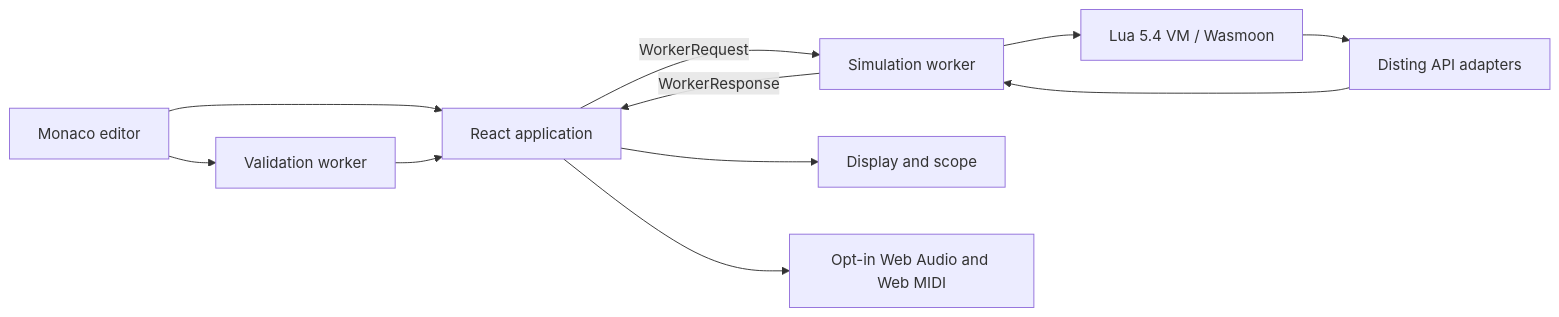
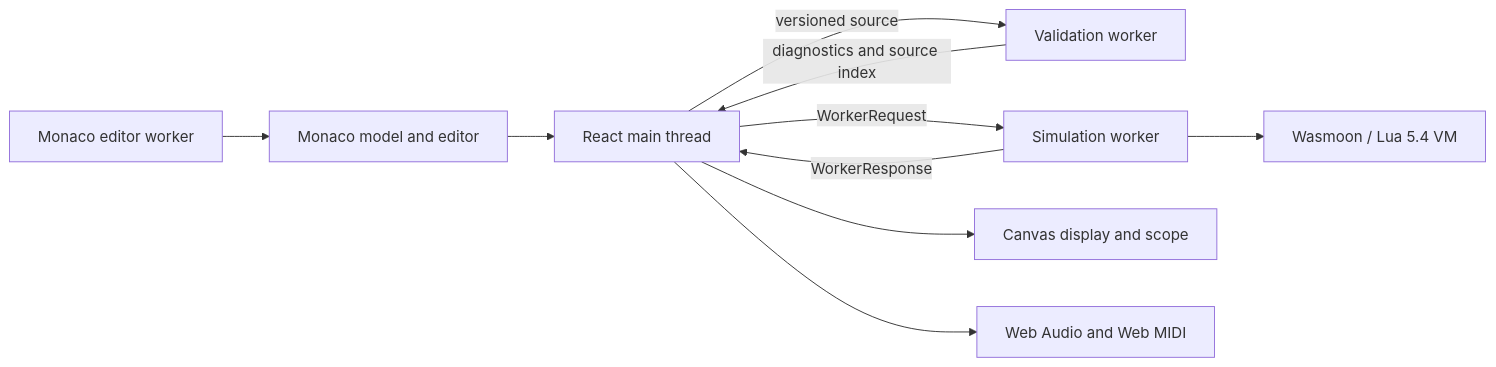
The diagram in docs/ARCHITECTURE.md (FrediBach/luading), drawn with Mermaid before and after one commit. The commit also changed other lines of this file and 16 other files, not shown here.

````diff
--- a/docs/ARCHITECTURE.md
+++ b/docs/ARCHITECTURE.md
@@ -16,15 +52,12 @@
 ```mermaid
 flowchart LR
-  Editor[Monaco editor] --> App[React application]
-  Editor --> Validation[Validation worker]
-  Validation --> App
-
-  App -->|WorkerRequest| Simulation[Simulation worker]
-  Simulation --> Lua[Lua 5.4 VM / Wasmoon]
-  Lua --> Contract[Disting API adapters]
-  Contract --> Simulation
-  Simulation -->|WorkerResponse| App
-
-  App --> Display[Display and scope]
-  App --> BrowserIO[Opt-in Web Audio and Web MIDI]
+  Monaco[Monaco model and editor] --> Main[React main thread]
+  Main -->|versioned source| Validation[Validation worker]
+  Validation -->|diagnostics and source index| Main
+  Main -->|WorkerRequest| Simulation[Simulation worker]
+  Simulation --> Wasmoon[Wasmoon / Lua 5.4 VM]
+  Simulation -->|WorkerResponse| Main
+  Main --> Display[Canvas display and scope]
+  Main --> BrowserIO[Web Audio and Web MIDI]
+  MonacoWorker[Monaco editor worker] --> Monaco
 ```
````
